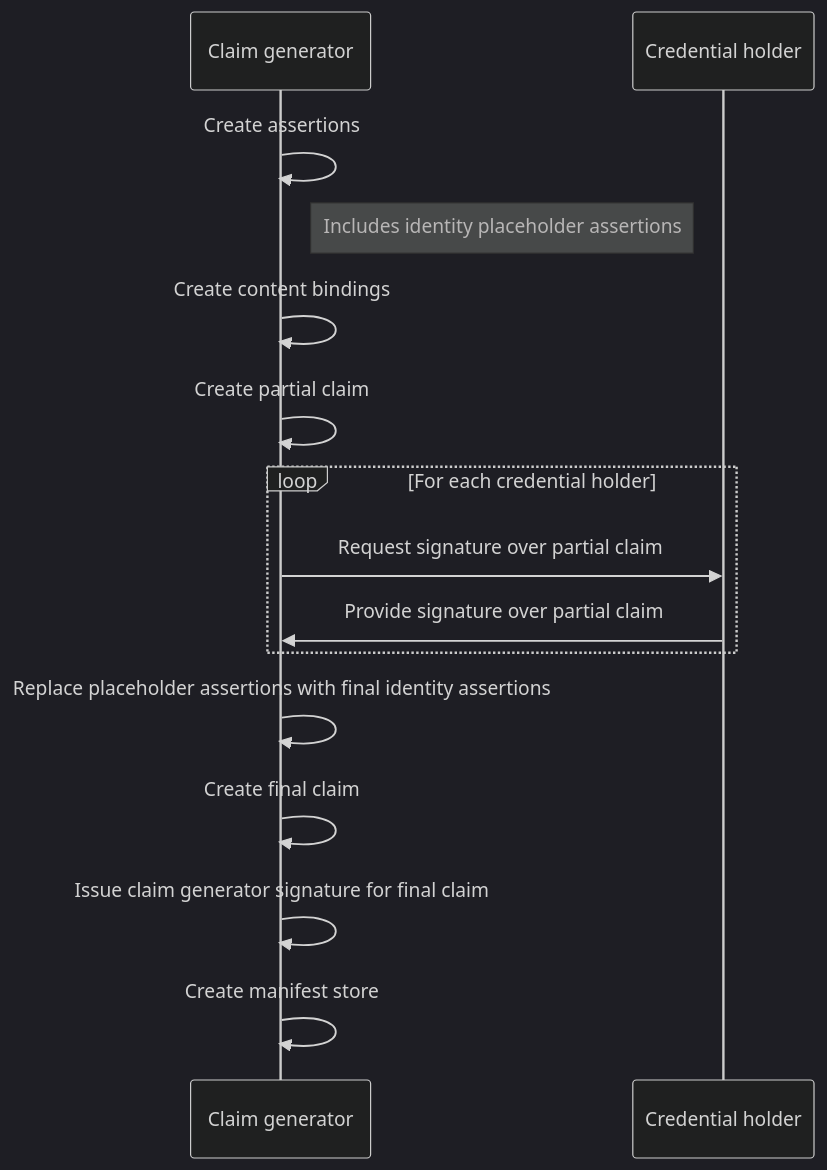
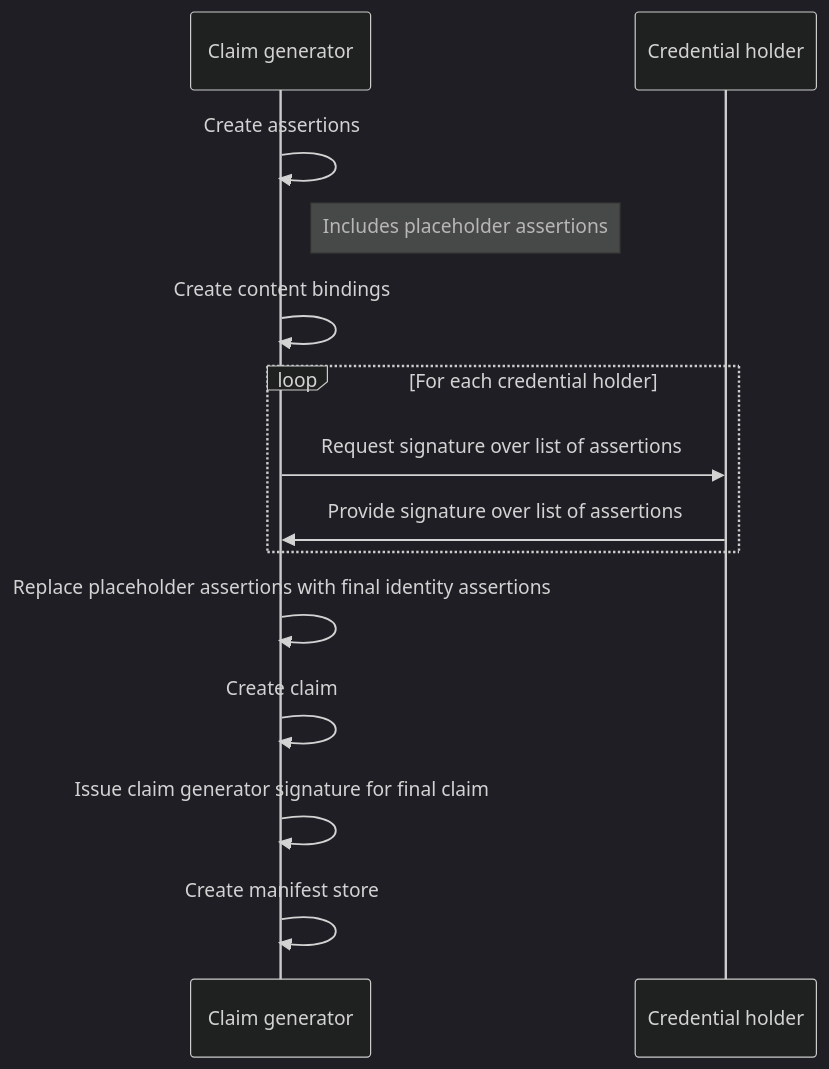
One commit to creator-assertions/identity-assertion changed the diagram in docs/modules/ROOT/pages/index.adoc. Above: the diagram before and after it, drawn with Mermaid (dark theme). The commit also changed other lines of this file and 2 other files, not shown here.

Commit message:
List of assertions (#4)

```diff
--- a/docs/modules/ROOT/pages/index.adoc
+++ b/docs/modules/ROOT/pages/index.adoc
@@ -223,21 +252,20 @@
 [mermaid,width=100%]
 ....
 sequenceDiagram
     participant G as Claim generator
     participant H as Credential holder
 
     G->>G: Create assertions
-    Note right of G: Includes identity placeholder assertions
+    Note right of G: Includes placeholder assertions
     G->>G: Create content bindings
-    G->>G: Create partial claim
-
+    
     loop For each credential holder
-    G->>H: Request signature over partial claim
-    H->>G: Provide signature over partial claim
+    G->>H: Request signature over list of assertions
+    H->>G: Provide signature over list of assertions
     end
 
     G->>G: Replace placeholder assertions with final identity assertions
-    G->>G: Create final claim
+    G->>G: Create claim
     G->>G: Issue claim generator signature for final claim
     G->>G: Create manifest store
 ....
```
